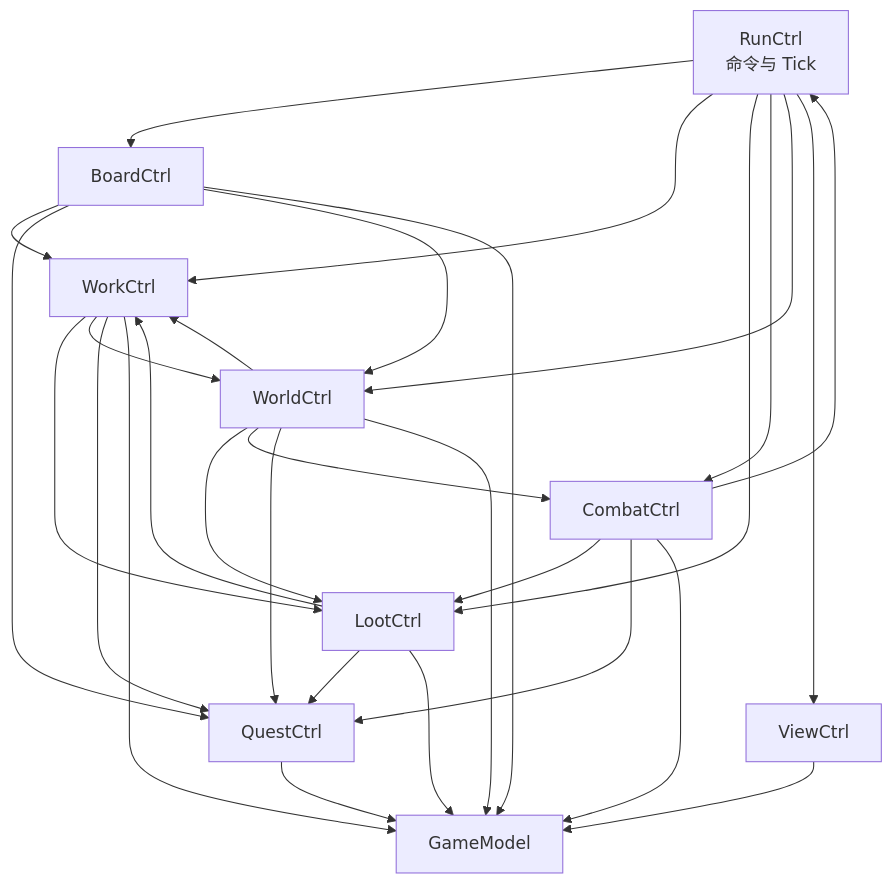
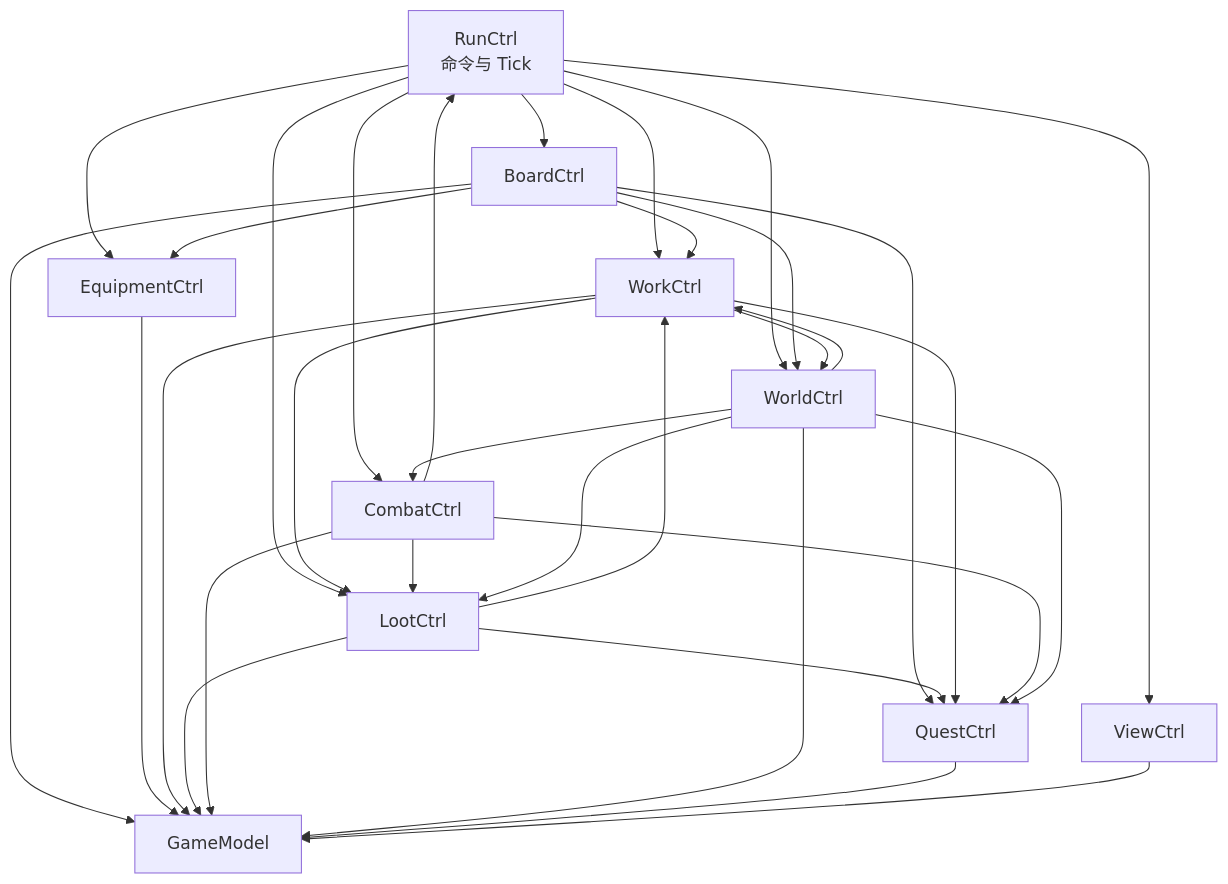
One commit to raywang3543/TEngine changed the fourth of 5 diagrams in Books/Stacklands-Core代码结构与调用关系.md. Above: the diagram before and after it, drawn with Mermaid. The commit also changed other lines of this file and 10 other files, not shown here.

````diff
--- a/Books/Stacklands-Core代码结构与调用关系.md
+++ b/Books/Stacklands-Core代码结构与调用关系.md
@@ -224,33 +226,36 @@
 ```mermaid
 flowchart TD
     Run["RunCtrl\n命令与 Tick"] --> Board["BoardCtrl"]
+    Run --> Equip["EquipmentCtrl"]
     Run --> Work["WorkCtrl"]
     Run --> Loot["LootCtrl"]
     Run --> Combat["CombatCtrl"]
     Run --> World["WorldCtrl"]
     Run --> ViewCtrl["ViewCtrl"]
 
+    Board --> Equip
     Board --> Work
     Board --> Quest["QuestCtrl"]
     Board --> World
     Loot --> Work
     Loot --> Quest
     Work --> Loot
     Work --> World
     Work --> Quest
     Combat --> Loot
     Combat --> Quest
     Combat --> Run
     World --> Loot
     World --> Work
     World --> Combat
     World --> Quest
 
     Board --> Model["GameModel"]
+    Equip --> Model
     Work --> Model
     Loot --> Model
     Combat --> Model
     World --> Model
     Quest --> Model
     ViewCtrl --> Model
 ```
````
